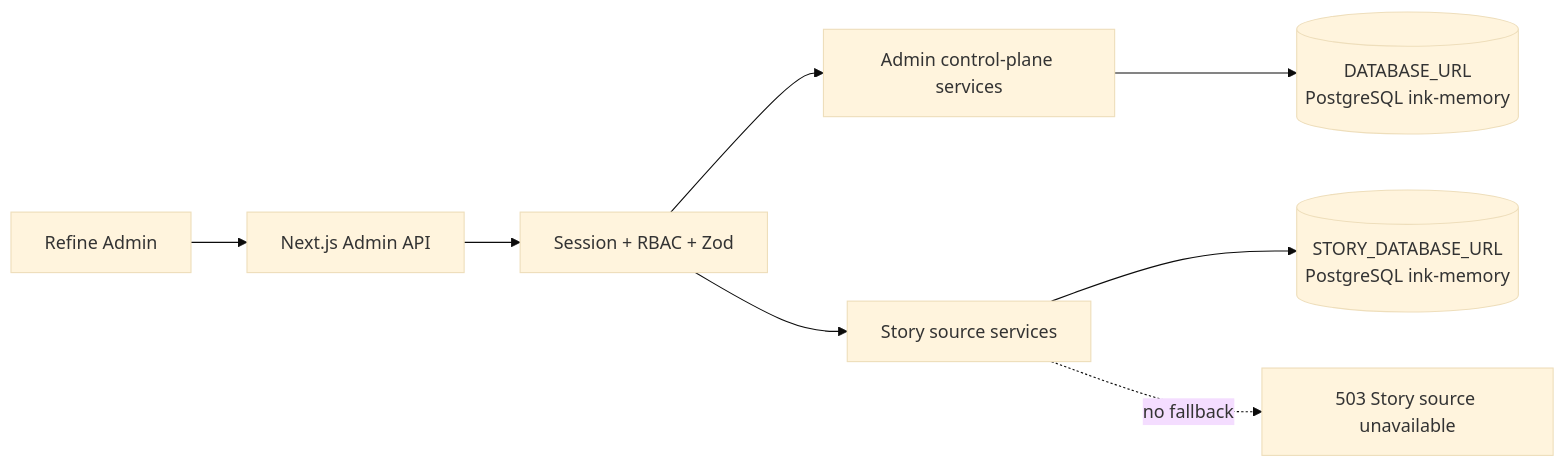
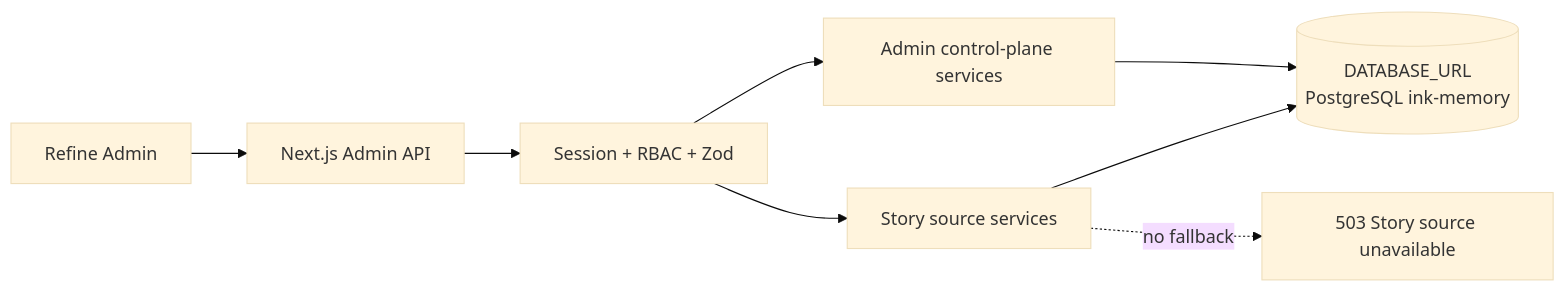
Before and after one commit to glide-the/dream-im-platform: the first of 2 diagrams in docs/prd/ink-memory-admin-prd-v2.md, drawn with Mermaid (base theme). The commit also changed other lines of this file and 43 other files, not shown here.

````diff
--- a/docs/prd/ink-memory-admin-prd-v2.md
+++ b/docs/prd/ink-memory-admin-prd-v2.md
@@ -48,10 +48,10 @@
 ```mermaid
 flowchart LR
   Browser[Refine Admin] --> API[Next.js Admin API]
   API --> Auth[Session + RBAC + Zod]
   Auth --> Control[Admin control-plane services]
   Auth --> Story[Story source services]
-  Control --> AdminPG[(DATABASE_URL\nPostgreSQL ink-memory)]
-  Story --> StoryPG[(STORY_DATABASE_URL\nPostgreSQL ink-memory)]
+  Control --> PG[(DATABASE_URL\nPostgreSQL ink-memory)]
+  Story --> PG
   Story -. no fallback .-> Unavailable[503 Story source unavailable]
 ```
````
